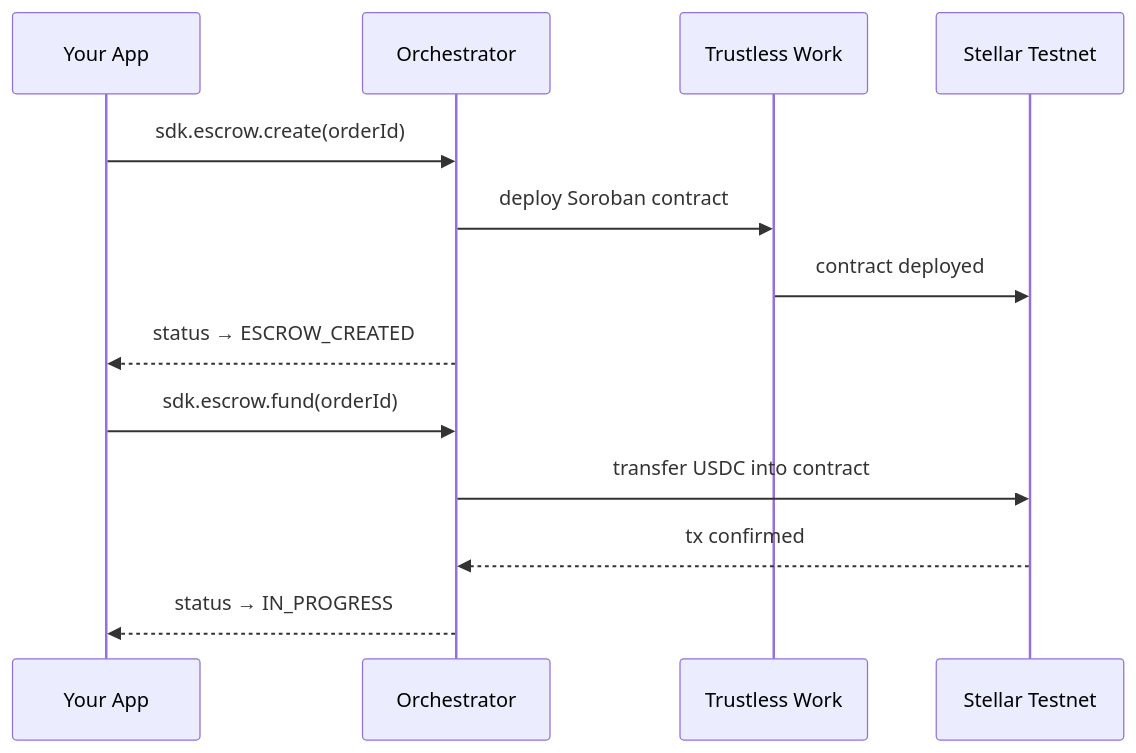
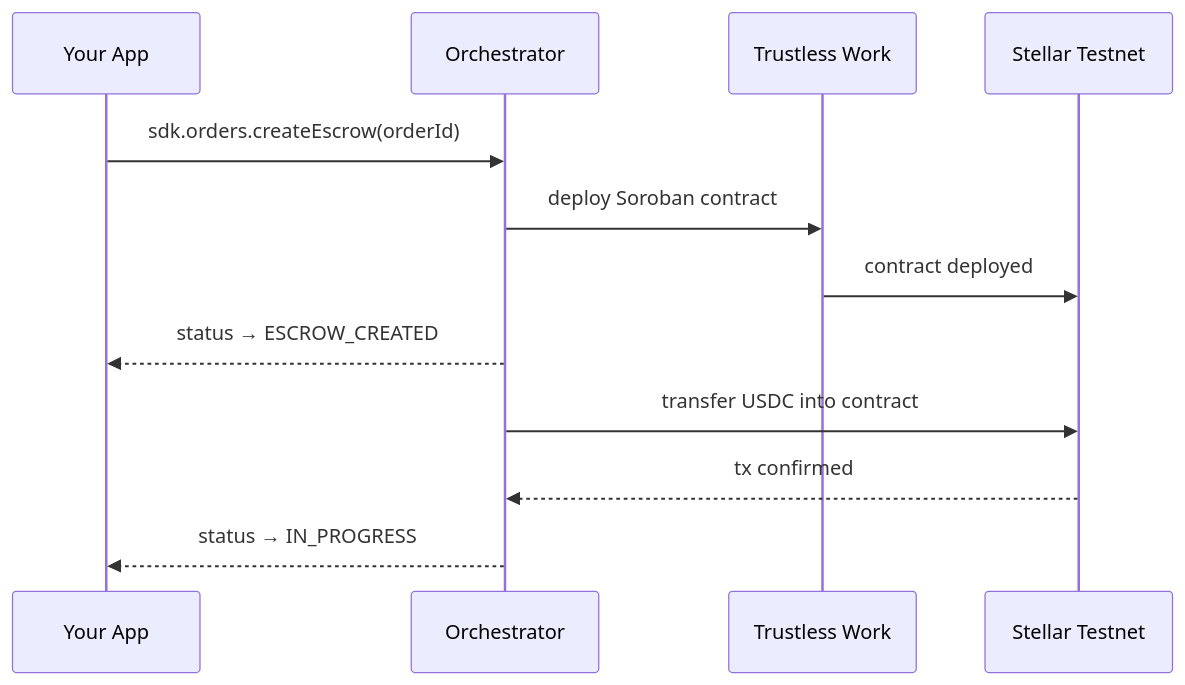
Before and after one commit to OFFER-HUB/offer-hub-monorepo: the fifth of 7 diagrams in content/docs/guide/build-your-first-marketplace.mdx, drawn with Mermaid. The commit also changed other lines of this file, not shown here.

````diff
--- a/content/docs/guide/build-your-first-marketplace.mdx
+++ b/content/docs/guide/build-your-first-marketplace.mdx
@@ -433,17 +433,17 @@
 ```mermaid
 sequenceDiagram
     participant App as Your App
     participant Orch as Orchestrator
     participant TW as Trustless Work
     participant Stellar as Stellar Testnet
 
-    App->>Orch: sdk.escrow.create(orderId)
+    App->>Orch: sdk.orders.createEscrow(orderId)
     Orch->>TW: deploy Soroban contract
     TW->>Stellar: contract deployed
     Orch-->>App: status → ESCROW_CREATED
 
-    App->>Orch: sdk.escrow.fund(orderId)
+    
     Orch->>Stellar: transfer USDC into contract
     Stellar-->>Orch: tx confirmed
     Orch-->>App: status → IN_PROGRESS
 ```
````
